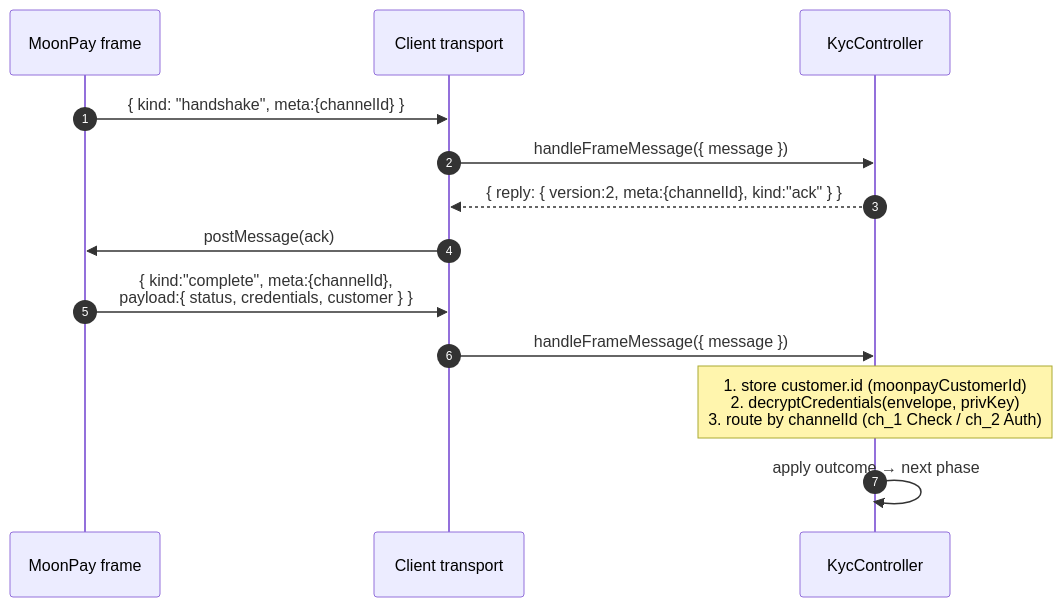
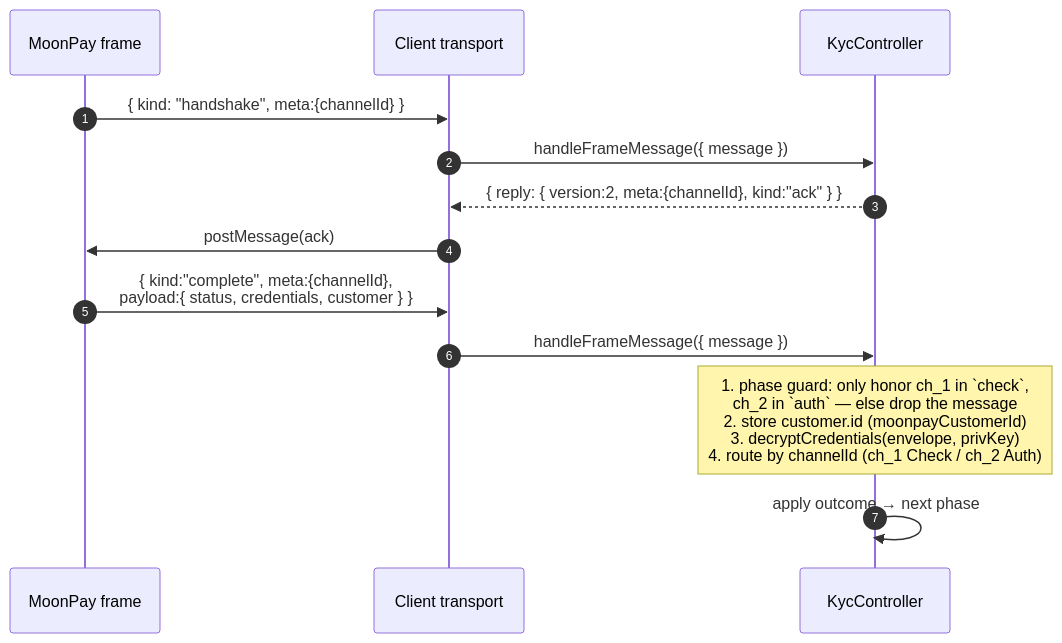
The fifth of 10 diagrams in packages/kyc-controller/README.md (MetaMask/core), drawn with Mermaid before and after one commit. The commit also changed other lines of this file, not shown here.

Commit message:
feat: update architecture section of readme

````diff
--- a/packages/kyc-controller/README.md
+++ b/packages/kyc-controller/README.md
@@ -370,17 +381,17 @@
 ```mermaid
 sequenceDiagram
     autonumber
     participant Frame as MoonPay frame
     participant UI as Client transport
     participant Ctrl as KycController
 
     Frame->>UI: { kind: "handshake", meta:{channelId} }
     UI->>Ctrl: handleFrameMessage({ message })
     Ctrl-->>UI: { reply: { version:2, meta:{channelId}, kind:"ack" } }
     UI->>Frame: postMessage(ack)
 
     Frame->>UI: { kind:"complete", meta:{channelId},<br/>payload:{ status, credentials, customer } }
     UI->>Ctrl: handleFrameMessage({ message })
-    Note over Ctrl: 1. store customer.id (moonpayCustomerId)<br/>2. decryptCredentials(envelope, privKey)<br/>3. route by channelId (ch_1 Check / ch_2 Auth)
+    Note over Ctrl: 1. phase guard: only honor ch_1 in `check`,<br/>ch_2 in `auth` — else drop the message<br/>2. store customer.id (moonpayCustomerId)<br/>3. decryptCredentials(envelope, privKey)<br/>4. route by channelId (ch_1 Check / ch_2 Auth)
     Ctrl->>Ctrl: apply outcome → next phase
 ```
````
